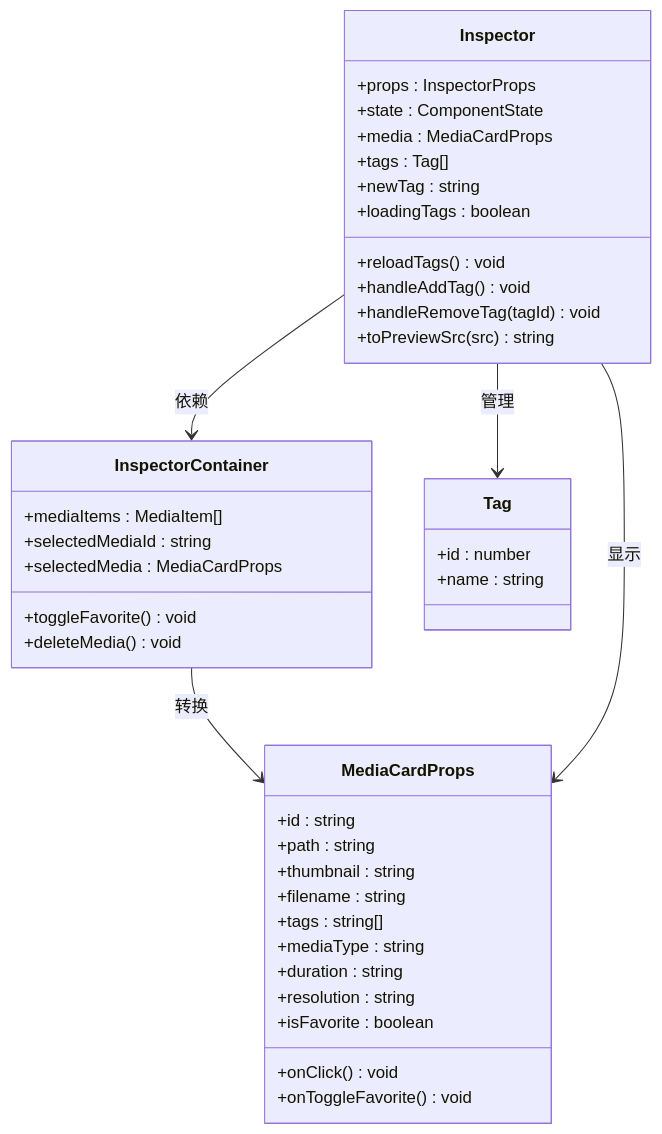
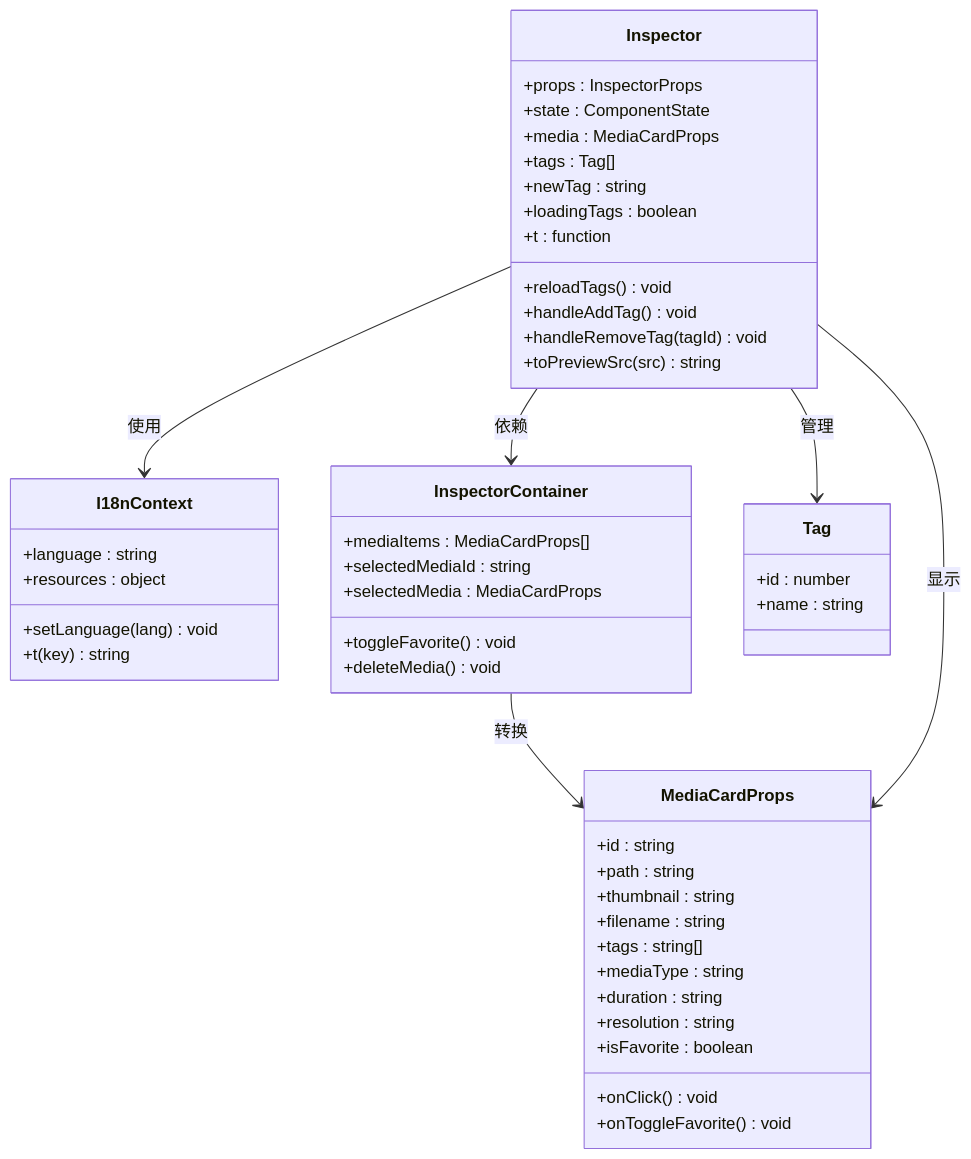
Before and after one commit to YLee9527/Medex: the third of 9 diagrams in repowiki/zh/content/前端开发/UI 组件详解/检查器组件 (Inspector).md, drawn with Mermaid. The commit also changed other lines of this file and 13 other files, not shown here.

````diff
--- a/repowiki/zh/content/前端开发/UI 组件详解/检查器组件 (Inspector).md
+++ b/repowiki/zh/content/前端开发/UI 组件详解/检查器组件 (Inspector).md
@@ -148,43 +183,51 @@
 ```mermaid
 classDiagram
 class Inspector {
 +props : InspectorProps
 +state : ComponentState
 +media : MediaCardProps
 +tags : Tag[]
 +newTag : string
 +loadingTags : boolean
 +reloadTags() void
 +handleAddTag() void
 +handleRemoveTag(tagId) void
 +toPreviewSrc(src) string
++t : function
+}
+class I18nContext {
++language : string
++setLanguage(lang) void
++t(key) string
++resources : object
 }
 class InspectorContainer {
-+mediaItems : MediaItem[]
++mediaItems : MediaCardProps[]
 +selectedMediaId : string
 +selectedMedia : MediaCardProps
 +toggleFavorite() void
 +deleteMedia() void
 }
 class MediaCardProps {
 +id : string
 +path : string
 +thumbnail : string
 +filename : string
 +tags : string[]
 +mediaType : string
 +duration : string
 +resolution : string
 +isFavorite : boolean
 +onClick() void
 +onToggleFavorite() void
 }
 class Tag {
 +id : number
 +name : string
 }
 Inspector --> InspectorContainer : 依赖
+Inspector --> I18nContext : 使用
 InspectorContainer --> MediaCardProps : 转换
 Inspector --> Tag : 管理
 Inspector --> MediaCardProps : 显示
 ```
````
